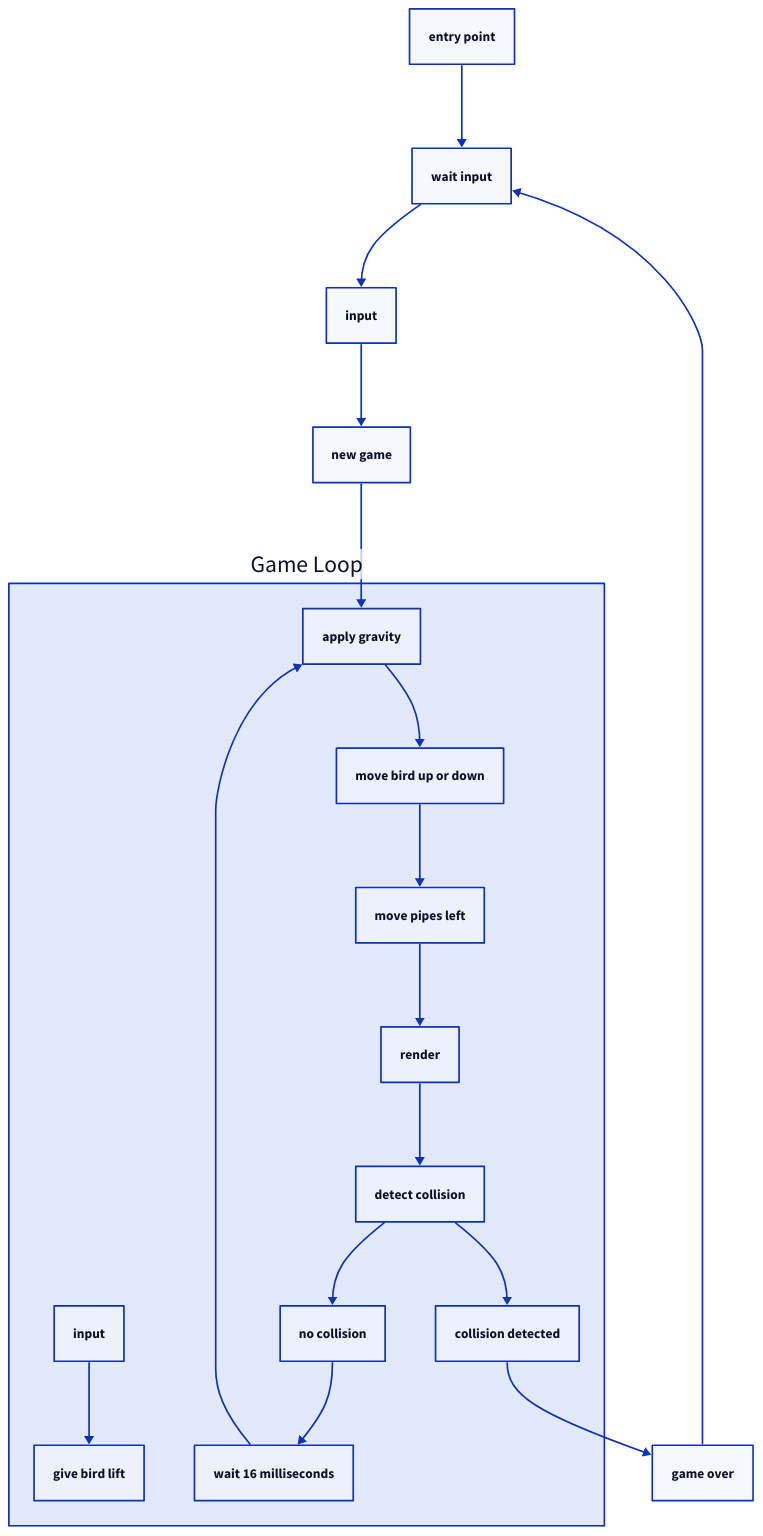
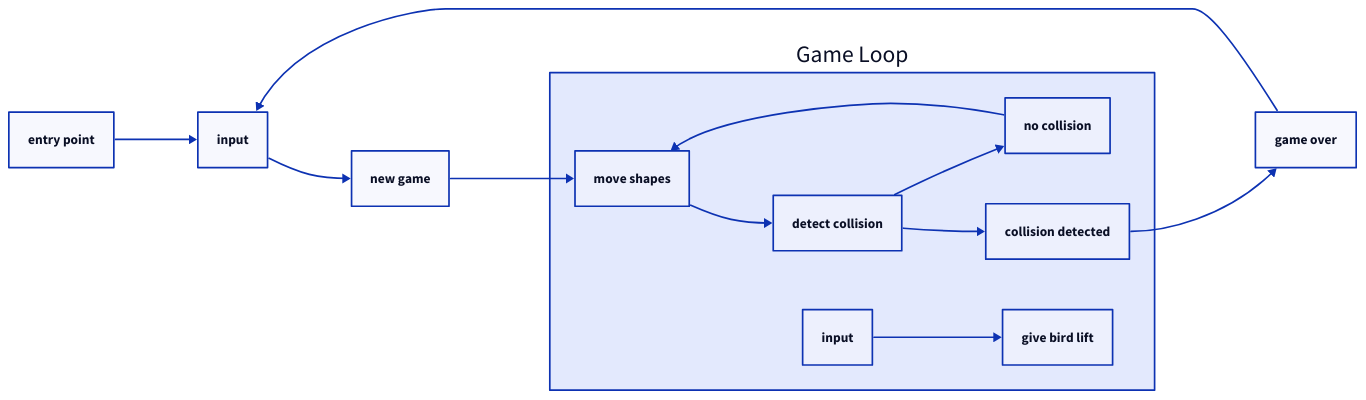
The diagram in pres/game-loop.d2 (nhooyr/flappybird), drawn with D2 before and after one commit. The commit also changed 3 other files, not shown here.

```diff
--- a/pres/game-loop.d2
+++ b/pres/game-loop.d2
@@ -1,15 +1,12 @@
-# This game loop is a simplified overview and inaccurate of certain
-# details of the actual game loop.
-
-entry point -> wait input -> input -> new game -> Game Loop.apply gravity
+direction: right
+entry point -> input -> new game -> Game Loop.move shapes
 
 Game Loop: {
+  move shapes -> detect collision
+  detect collision -> no collision -> move shapes
+  detect collision -> collision detected -> _.game over
+
   input -> give bird lift
-
-  apply gravity -> move bird up or down -> move pipes left -> render -> detect collision
-
-  detect collision -> no collision -> wait 16 milliseconds -> apply gravity
-  detect collision -> collision detected -> _.game over
 }
 
-game over -> wait input
+game over -> input
```
